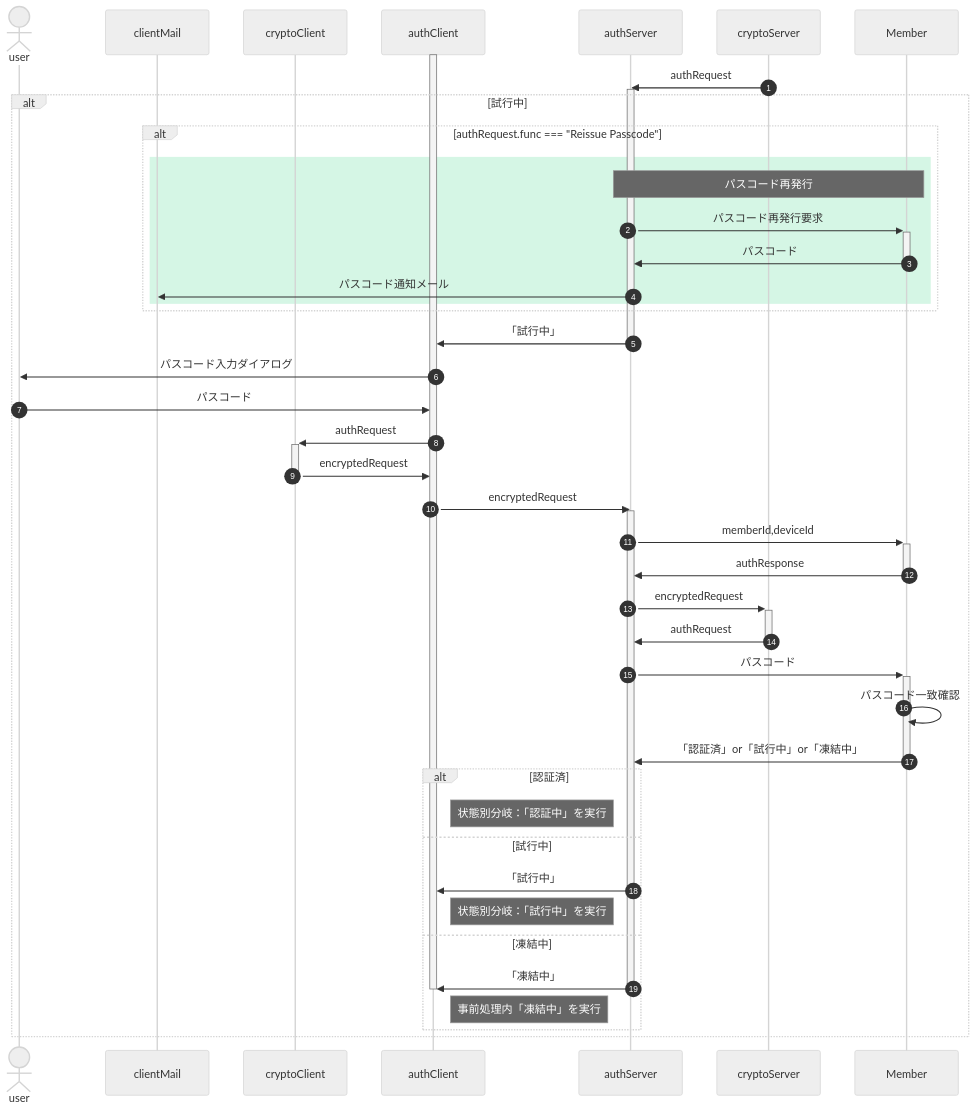
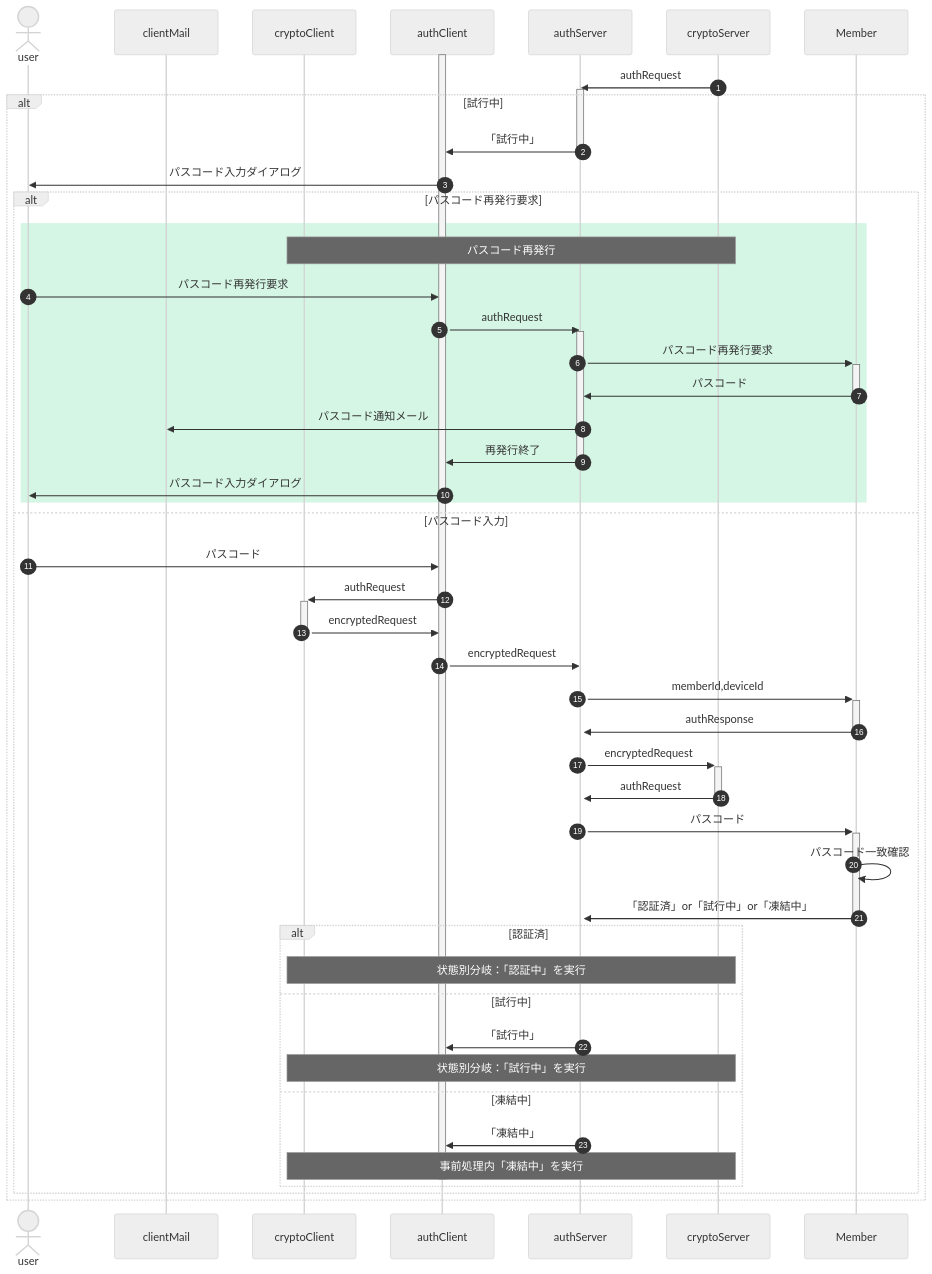
The eighth of 8 diagrams in underDev/Auth/doc/specification.md (nakaone/library), drawn with Mermaid (neutral theme) before and after one commit. The commit also changed other lines of this file and 12 other files, not shown here.

````diff
--- a/underDev/Auth/doc/specification.md
+++ b/underDev/Auth/doc/specification.md
@@ -555,66 +552,77 @@
 ```mermaid
 sequenceDiagram
   autonumber
   actor user
   %%participant localFunc
   participant clientMail
   %%participant IndexedDB
   participant cryptoClient
   participant authClient
   participant authServer
   participant cryptoServer
   participant Member
   %%participant serverFunc
   %%actor admin
 
   activate authClient
   cryptoServer->>authServer: authRequest
   activate authServer
 
   alt 試行中
-    alt authRequest.func === "Reissue Passcode"
+    authServer->>authClient: 「試行中」
+    deactivate authServer
+    authClient->>user: パスコード入力ダイアログ
+
+    alt パスコード再発行要求
+
       rect rgba(213, 246, 229, 1)
-        Note over authServer,Member: パスコード再発行
+        Note over cryptoClient,cryptoServer: パスコード再発行
+        user->>authClient: パスコード再発行要求
+        authClient->>authServer: authRequest
+        activate authServer
         authServer->>+Member: パスコード再発行要求
         Member->>-authServer: パスコード
         authServer->>clientMail: パスコード通知メール
+        authServer->>authClient: 再発行終了
+        deactivate authServer
+        authClient->>user: パスコード入力ダイアログ
       end
+
+    else パスコード入力
+
+      user->>authClient: パスコード
+      authClient->>+cryptoClient: authRequest
+      cryptoClient->>-authClient: encryptedRequest
+
+      authClient->>authServer: encryptedRequest
+      activate authServer
+
+      %% Memberインスタンスの取得
+      authServer->>+Member: memberId,deviceId
+      Member->>-authServer: authResponse
+
+      %% 復号、署名検証
+      authServer->>+cryptoServer: encryptedRequest
+      cryptoServer->>-authServer: authRequest
+
+      %% パスコード確認
+      authServer->>+Member: パスコード
+      Member->>Member: パスコード一致確認
+      Member->>-authServer: 「認証済」or「試行中」or「凍結中」
+
+      alt 認証済
+        Note over cryptoClient,cryptoServer: 状態別分岐：「認証中」を実行
+      else 試行中
+        authServer->>authClient: 「試行中」
+        Note over cryptoClient,cryptoServer: 状態別分岐：「試行中」を実行
+      else 凍結中
+        authServer->>authClient: 「凍結中」
+        Note over cryptoClient,cryptoServer: 事前処理内「凍結中」を実行
+        deactivate authClient
+      end
+
     end
 
-    authServer->>authClient: 「試行中」
-    deactivate authServer
-    authClient->>user: パスコード入力ダイアログ
-    user->>authClient: パスコード
-    authClient->>+cryptoClient: authRequest
-    cryptoClient->>-authClient: encryptedRequest
-
-    authClient->>authServer: encryptedRequest
-    activate authServer
-
-    %% Memberインスタンスの取得
-    authServer->>+Member: memberId,deviceId
-    Member->>-authServer: authResponse
-
-    %% 復号、署名検証
-    authServer->>+cryptoServer: encryptedRequest
-    cryptoServer->>-authServer: authRequest
-
-    %% パスコード確認
-    authServer->>+Member: パスコード
-    Member->>Member: パスコード一致確認
-    Member->>-authServer: 「認証済」or「試行中」or「凍結中」
-
-    alt 認証済
-      Note right of authClient: 状態別分岐：「認証中」を実行
-    else 試行中
-      authServer->>authClient: 「試行中」
-      Note right of authClient: 状態別分岐：「試行中」を実行
-    else 凍結中
-      authServer->>authClient: 「凍結中」
-      deactivate authServer
-      deactivate authClient
-      Note right of authClient: 事前処理内「凍結中」を実行
-    end
   end
 
 ```
````
